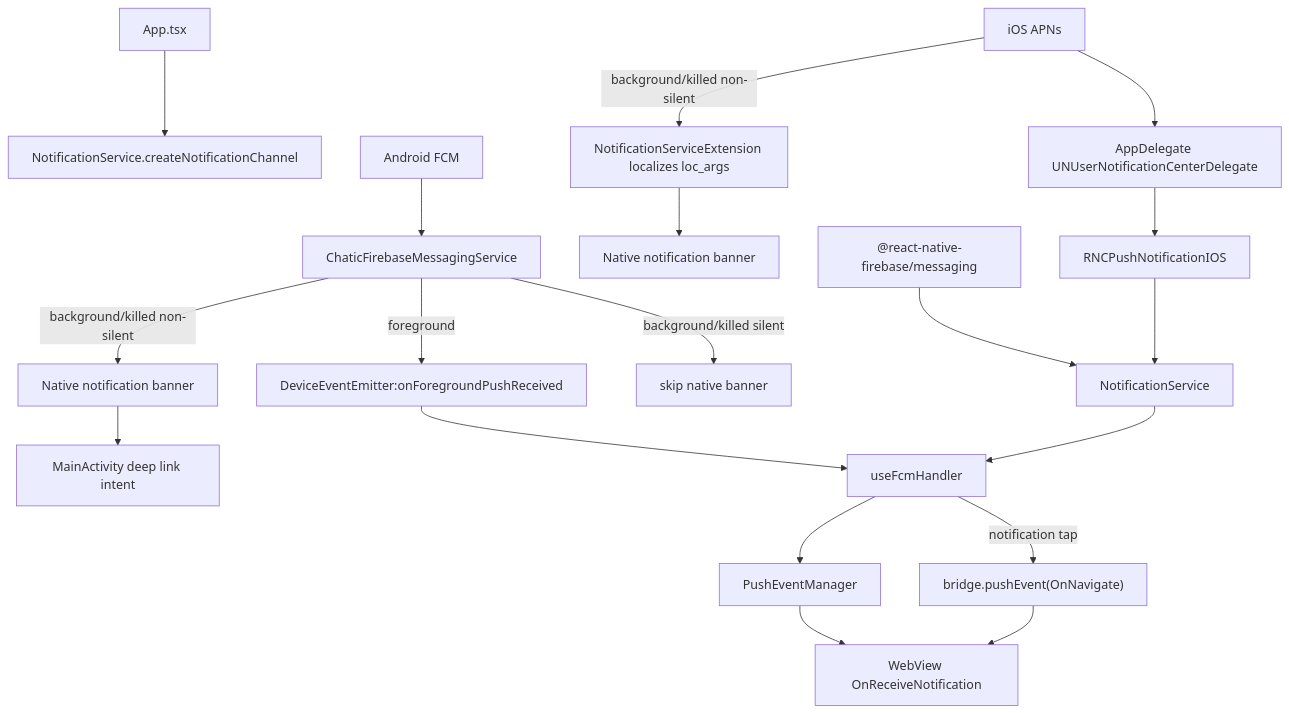
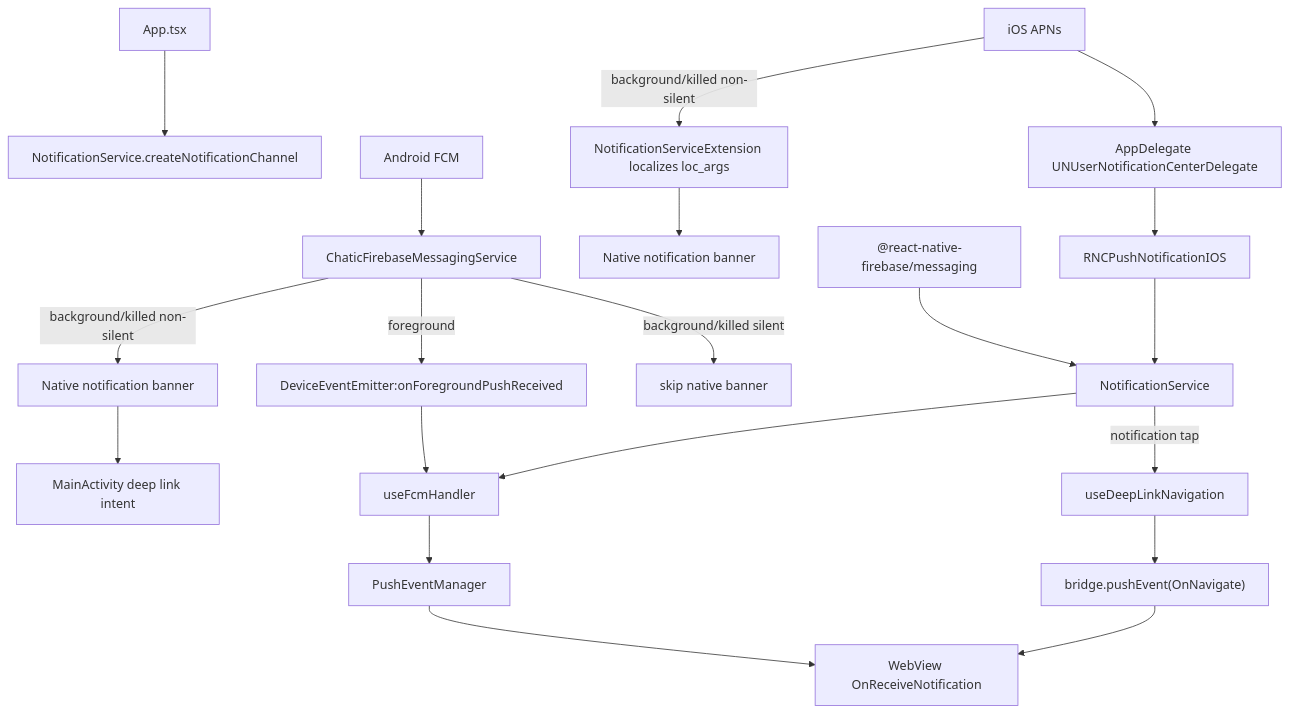
One commit to lemoncloud-io/dou-app changed the first of 4 diagrams in apps/mobile/docs/push.md. Above: the diagram before and after it, drawn with Mermaid. The commit also changed other lines of this file and 19 other files, not shown here.

First line of the commit message:
refactor(mobile/push-deeplink): converge inbound navigation on DeeplinkService + OnNavigate

````diff
--- a/apps/mobile/docs/push.md
+++ b/apps/mobile/docs/push.md
@@ -25,24 +25,25 @@
 ```mermaid
 flowchart TD
     App["App.tsx"] --> Channels["NotificationService.createNotificationChannel"]
 
     AndroidFCM["Android FCM"] --> AndroidService["ChaticFirebaseMessagingService"]
     AndroidService -->|"foreground"| DeviceEvent["DeviceEventEmitter:onForegroundPushReceived"]
     AndroidService -->|"background/killed non-silent"| NativeBanner["Native notification banner"]
     AndroidService -->|"background/killed silent"| DropBanner["skip native banner"]
     NativeBanner --> MainActivity["MainActivity deep link intent"]
 
     IOSAPNs["iOS APNs"] --> AppDelegate["AppDelegate UNUserNotificationCenterDelegate"]
     IOSAPNs -->|"background/killed non-silent"| NSE["NotificationServiceExtension localizes loc_args"]
     NSE --> IOSBanner["Native notification banner"]
     AppDelegate --> PushIOS["RNCPushNotificationIOS"]
 
     FCMJS["@react-native-firebase/messaging"] --> NotificationService["NotificationService"]
     PushIOS --> NotificationService
     DeviceEvent --> FcmHandler["useFcmHandler"]
     NotificationService --> FcmHandler
     FcmHandler --> PushEventManager["PushEventManager"]
     PushEventManager --> WebView["WebView OnReceiveNotification"]
-    FcmHandler -->|"notification tap"| Navigate["bridge.pushEvent(OnNavigate)"]
+    NotificationService -->|"notification tap"| DeepLinkNav["useDeepLinkNavigation"]
+    DeepLinkNav --> Navigate["bridge.pushEvent(OnNavigate)"]
     Navigate --> WebView
 ```
````
